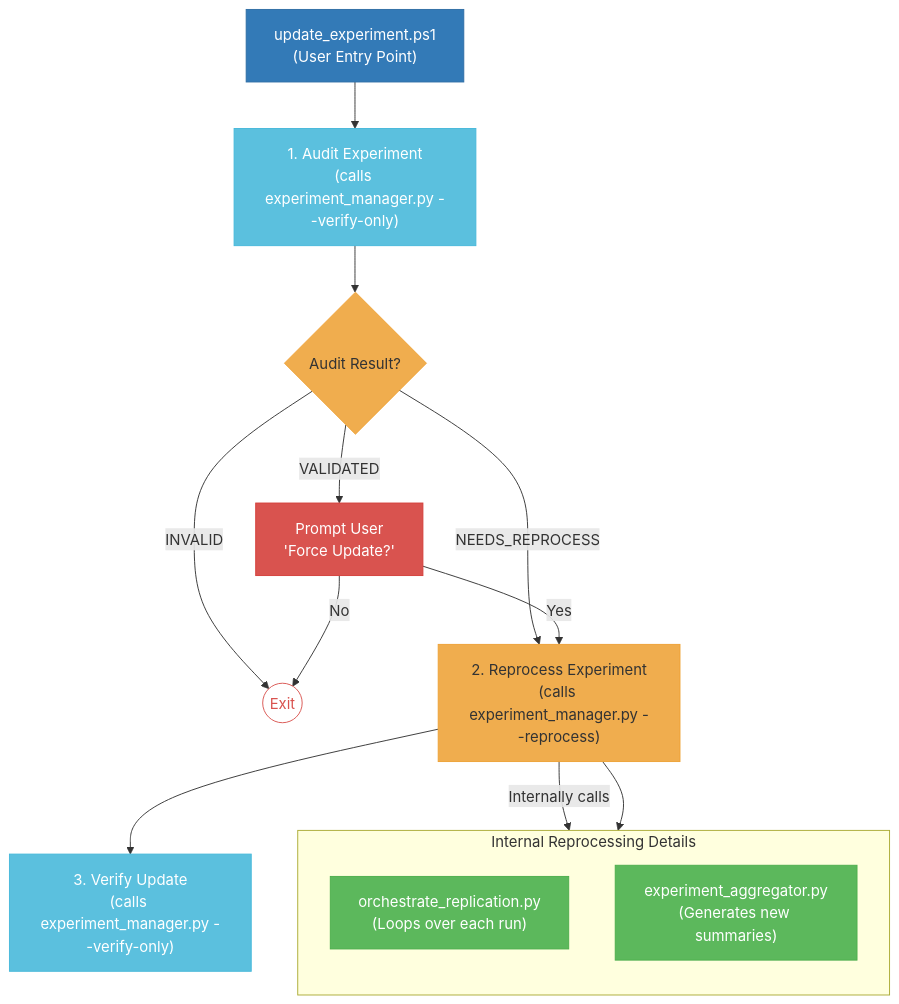
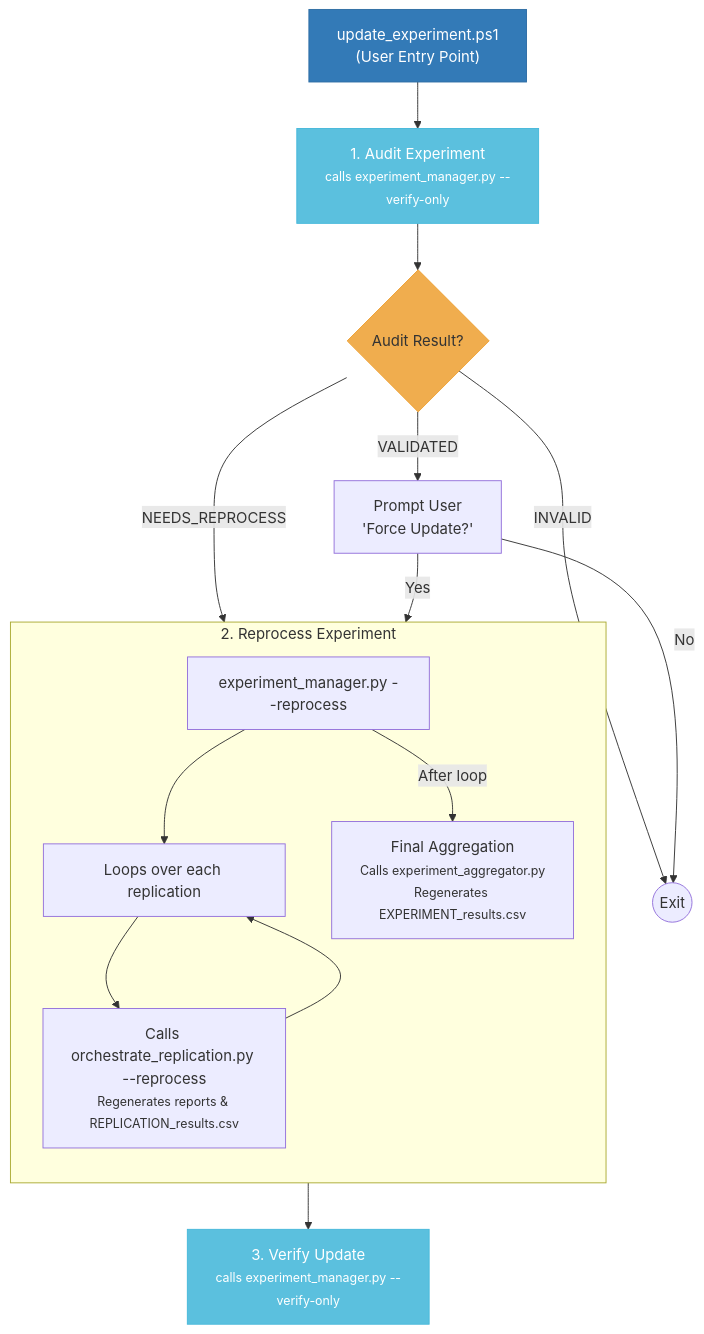
One commit to peterjmarko/llm-narrative-framework changed the diagram in docs/diagrams/architecture_workflow_3_update_experiment.mmd. Above: the diagram before and after it, drawn with Mermaid. The commit also changed 15 other files, not shown here.

```diff
--- a/docs/diagrams/architecture_workflow_3_update_experiment.mmd
+++ b/docs/diagrams/architecture_workflow_3_update_experiment.mmd
@@ -1,45 +1,40 @@
 graph TD
     %% 1. Nodes
     EntryPointPS["update_experiment.ps1<br/>(User Entry Point)"]:::entry_ps
-    PreAudit["1. Audit Experiment<br/>(calls experiment_manager.py --verify-only)"]:::script
+    PreAudit["1. Audit Experiment<br/><small>calls experiment_manager.py --verify-only</small>"]:::script
     Decision{Audit Result?}:::decision
     Prompt["Prompt User<br/>'Force Update?'"]:::user_interaction
     Stop((Exit)):::stop_node
     
-    Reprocess["2. Reprocess Experiment<br/>(calls experiment_manager.py --reprocess)"]:::entry_py
-    
-    PostAudit["3. Verify Update<br/>(calls experiment_manager.py --verify-only)"]:::script
-
-    %% Details of reprocessing, shown as a separate conceptual block
-    subgraph "Internal Reprocessing Details"
-      direction TB
-      Orchestrate["orchestrate_replication.py<br/>(Loops over each run)"]:::layer_green
-      Aggregator["experiment_aggregator.py<br/>(Generates new summaries)"]:::layer_green
+    subgraph "2. Reprocess Experiment"
+        direction TB
+        ReprocessEntry["experiment_manager.py --reprocess"]:::entry_py
+        Loop["Loops over each replication"]:::process
+        CallOrchestrator["Calls orchestrate_replication.py --reprocess<br/><small>Regenerates reports & REPLICATION_results.csv</small>"]:::layer_green
+        FinalAggregate["Final Aggregation<br/><small>Calls experiment_aggregator.py<br/>Regenerates EXPERIMENT_results.csv</small>"]:::layer_green
     end
     
+    PostAudit["3. Verify Update<br/><small>calls experiment_manager.py --verify-only</small>"]:::script
+
     %% 2. Connections
     EntryPointPS --> PreAudit
     PreAudit --> Decision
     
     Decision -- "VALIDATED" --> Prompt
-    Decision -- "NEEDS_REPROCESS" --> Reprocess
+    Decision -- "NEEDS_REPROCESS" --> ReprocessEntry
     Decision -- "INVALID" --> Stop
     
-    Prompt -- "Yes" --> Reprocess
+    Prompt -- "Yes" --> ReprocessEntry
     Prompt -- "No" --> Stop
     
-    Reprocess -- "Internally calls" --> Orchestrate
-    Reprocess -- " " --> Aggregator
+    ReprocessEntry --> Loop
+    Loop --> CallOrchestrator
+    CallOrchestrator --> Loop
+    ReprocessEntry -- "After loop" --> FinalAggregate
     
-    Reprocess --> PostAudit
+    FinalAggregate --> PostAudit
 
     %% 3. Styling
     classDef entry_ps fill:#337ab7,stroke:#2e6da4,color:#fff;
     classDef script fill:#5bc0de,stroke:#46b8da,color:#fff;
     classDef decision fill:#f0ad4e,stroke:#eea236,color:#333;
-    classDef user_interaction fill:#d9534f,stroke:#d43f3a,color:#fff;
-    classDef entry_py fill:#f0ad4e,stroke:#eea236,color:#333;
-    classDef layer_green fill:#5cb85c,stroke:#4cae4c,color:#fff;
-    classDef stop_node fill:#fff,stroke:#d9534f,color:#d9534f;
-    
-    class Stop stop_node;
```
